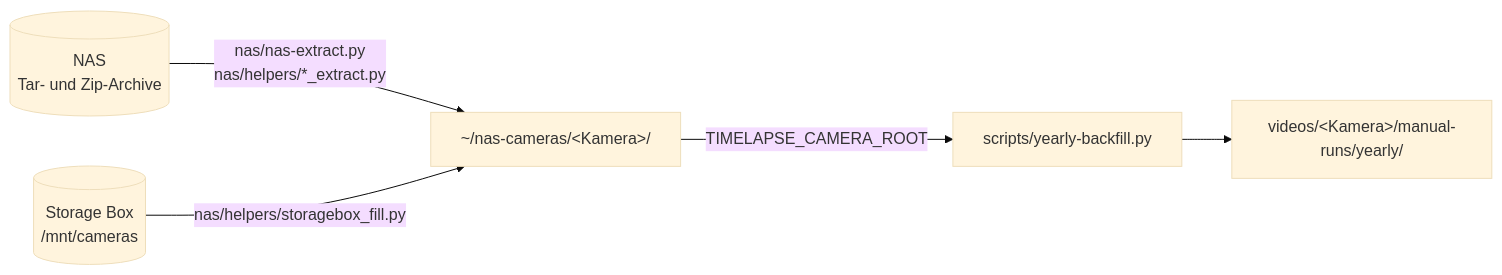
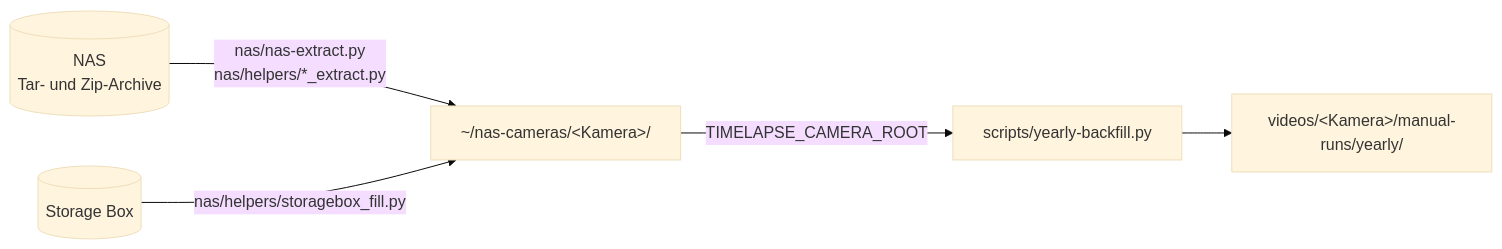
Before and after one commit to funktion5/Zeitraffer: the diagram in docs/nas.md, drawn with Mermaid (base theme). The commit also changed other lines of this file and 7 other files, not shown here.

Commit message:
docs: update documentation to clarify references to the Storage Box and installation scripts

````diff
--- a/docs/nas.md
+++ b/docs/nas.md
@@ -12,7 +12,7 @@
 ```mermaid
 flowchart LR
     N[(NAS<br/>Tar- und Zip-Archive)] -->|nas/nas-extract.py<br/>nas/helpers/*_extract.py| L[~/nas-cameras/&lt;Kamera&gt;/]
-    S[(Storage Box<br/>/mnt/cameras)] -->|nas/helpers/storagebox_fill.py| L
+    S[(Storage Box)] -->|nas/helpers/storagebox_fill.py| L
     L -->|TIMELAPSE_CAMERA_ROOT| B[scripts/yearly-backfill.py]
     B --> V[videos/&lt;Kamera&gt;/manual-runs/yearly/]
 ```
````
